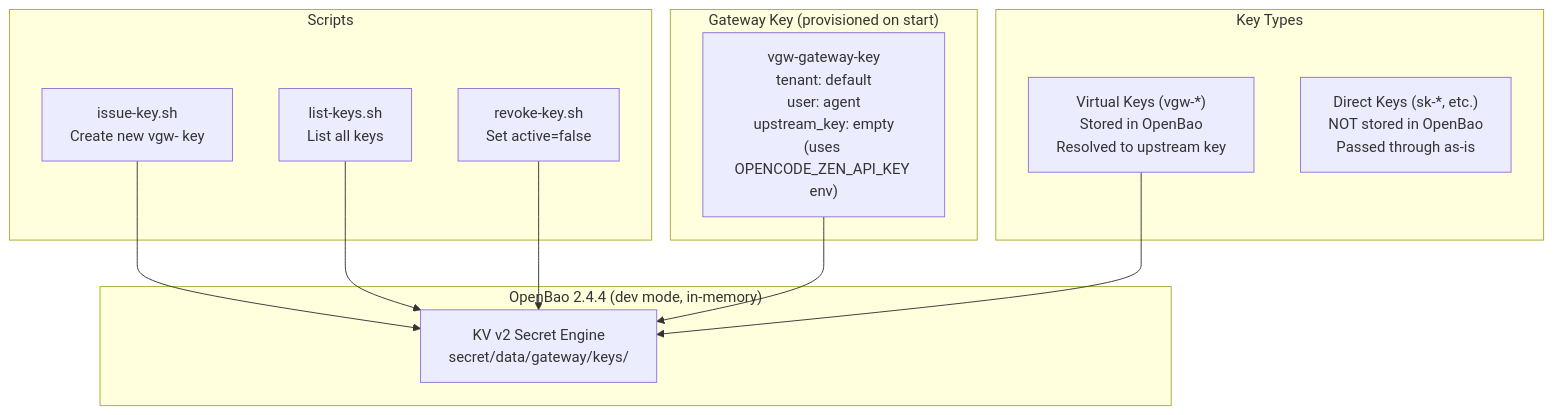
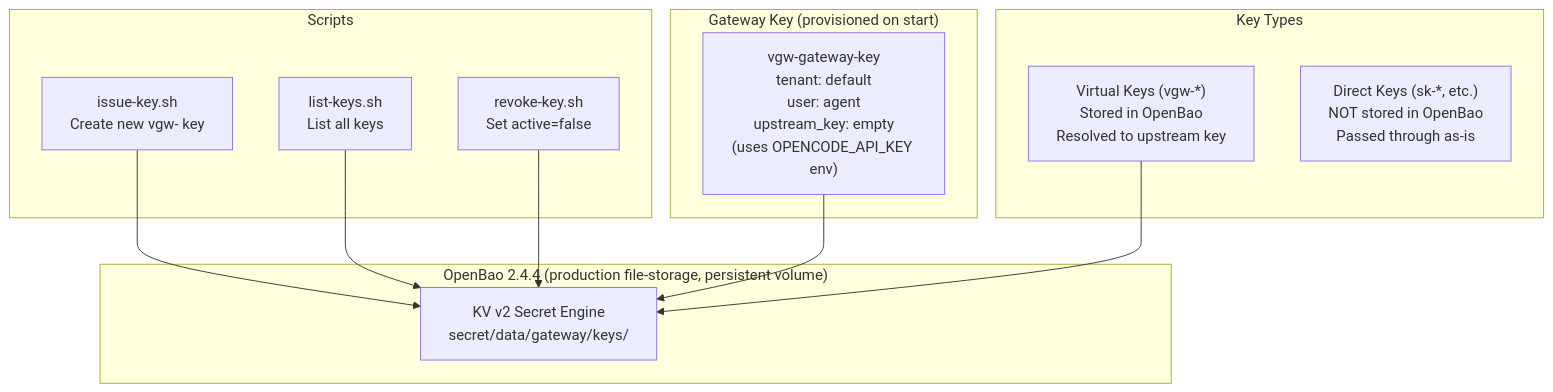
Before and after one commit to Independent-AI-Labs/WORKSPACE-GATEWAY: the eighth of 16 diagrams in docs/ARCHITECTURE.md, drawn with Mermaid. The commit also changed other lines of this file and 42 other files, not shown here.

````diff
--- a/docs/ARCHITECTURE.md
+++ b/docs/ARCHITECTURE.md
@@ -637,27 +673,27 @@
 ```mermaid
 graph TB
-    subgraph "OpenBao 2.4.4 (dev mode, in-memory)"
+    subgraph "OpenBao 2.4.4 (production file-storage, persistent volume)"
         KV["KV v2 Secret Engine<br/>secret/data/gateway/keys/"]
     end
 
     subgraph "Key Types"
         VK["Virtual Keys (vgw-*)<br/>Stored in OpenBao<br/>Resolved to upstream key"]
         DK["Direct Keys (sk-*, etc.)<br/>NOT stored in OpenBao<br/>Passed through as-is"]
     end
 
     subgraph "Scripts"
         ISSUE["issue-key.sh<br/>Create new vgw- key"]
         LIST["list-keys.sh<br/>List all keys"]
         REVOKE["revoke-key.sh<br/>Set active=false"]
     end
 
     subgraph "Gateway Key (provisioned on start)"
-        GK["vgw-gateway-key<br/>tenant: default<br/>user: agent<br/>upstream_key: empty<br/>(uses OPENCODE_ZEN_API_KEY env)"]
+        GK["vgw-gateway-key<br/>tenant: default<br/>user: agent<br/>upstream_key: empty<br/>(uses OPENCODE_API_KEY env)"]
     end
 
     ISSUE --> KV
     LIST --> KV
     REVOKE --> KV
     GK --> KV
     VK --> KV
 ```
````
